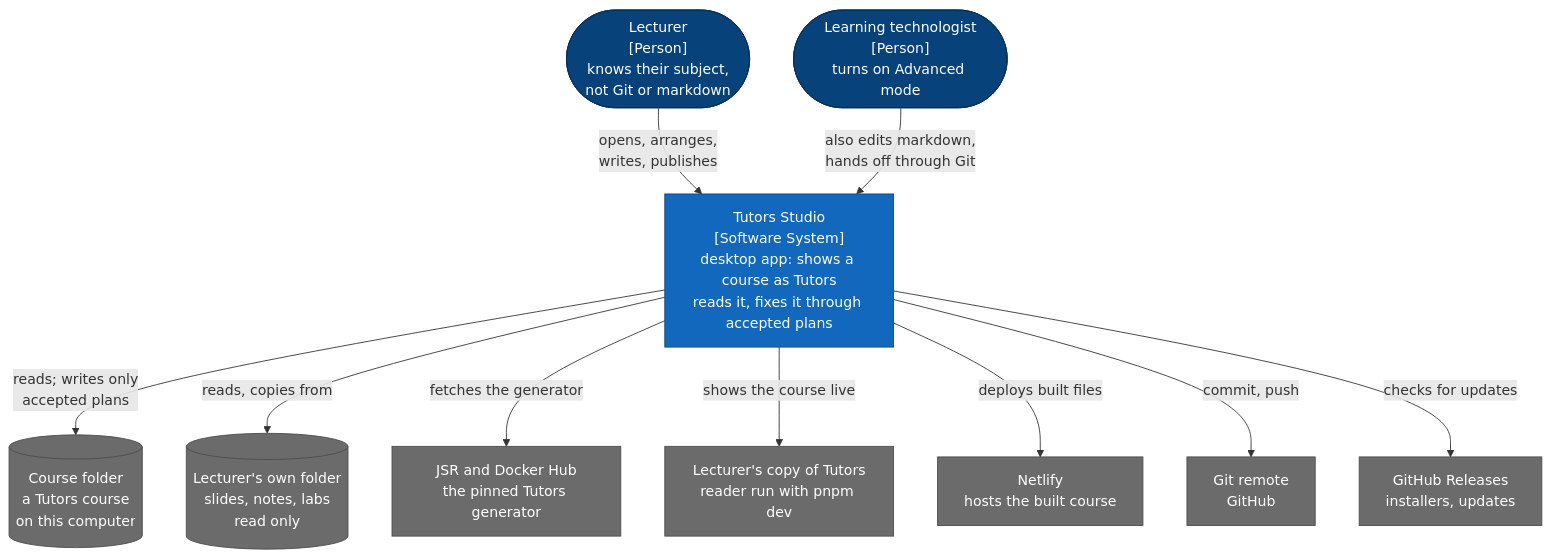
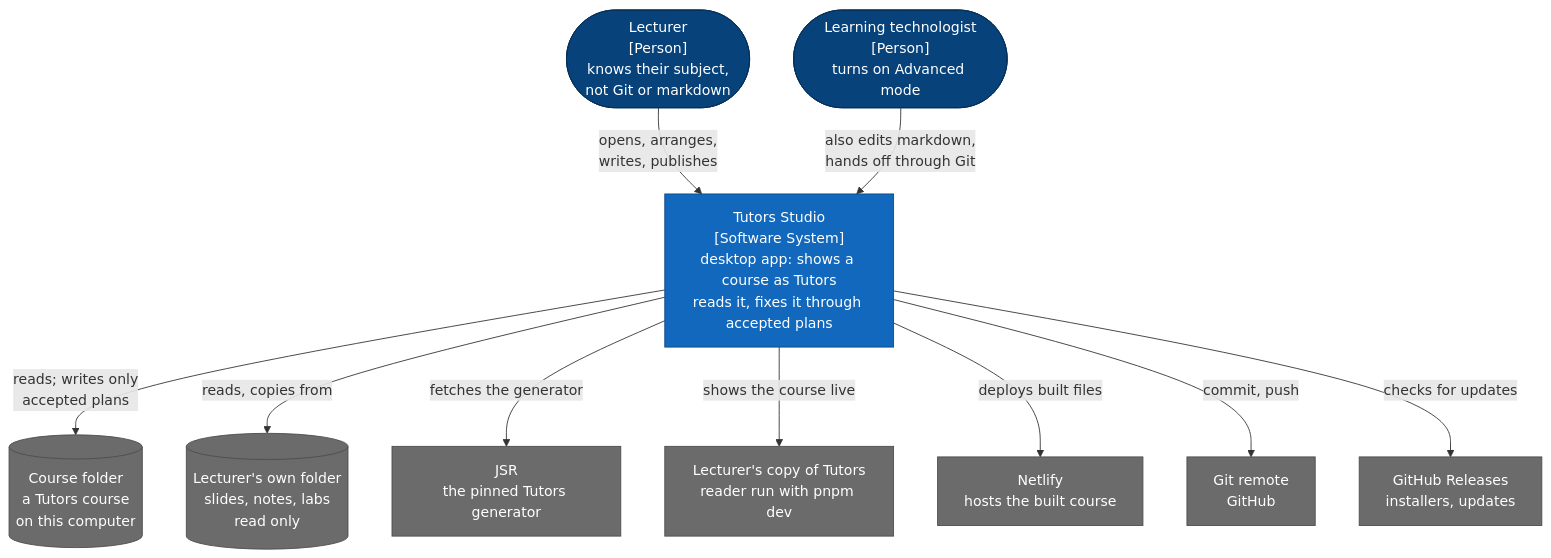
Before and after one commit to tutors-sdk/tutors-studio: the first of 9 diagrams in docs/architecture.md, drawn with Mermaid. The commit also changed other lines of this file and 25 other files, not shown here.

````diff
--- a/docs/architecture.md
+++ b/docs/architecture.md
@@ -18,31 +18,31 @@
 ```mermaid
 flowchart TB
   %% C4 level 1, system context. Dark blue: people. Blue: Studio. Grey: outside Studio.
   lecturer(["Lecturer<br/>[Person]<br/>knows their subject,<br/>not Git or markdown"])
   advanced(["Learning technologist<br/>[Person]<br/>turns on Advanced mode"])
   studio["Tutors Studio<br/>[Software System]<br/>desktop app: shows a course as Tutors<br/>reads it, fixes it through accepted plans"]
   disk[("Course folder<br/>a Tutors course<br/>on this computer")]
   own[("Lecturer's own folder<br/>slides, notes, labs<br/>read only")]
-  jsr["JSR and Docker Hub<br/>the pinned Tutors generator"]
+  jsr["JSR<br/>the pinned Tutors generator"]
   tutors["Lecturer's copy of Tutors<br/>reader run with pnpm dev"]
   netlify["Netlify<br/>hosts the built course"]
   github["Git remote<br/>GitHub"]
   releases["GitHub Releases<br/>installers, updates"]
 
   lecturer -- "opens, arranges,<br/>writes, publishes" --> studio
   advanced -- "also edits markdown,<br/>hands off through Git" --> studio
   studio -- "reads; writes only<br/>accepted plans" --> disk
   studio -- "reads, copies from" --> own
   studio -- "fetches the generator" --> jsr
   studio -- "shows the course live" --> tutors
   studio -- "deploys built files" --> netlify
   studio -- "commit, push" --> github
   studio -- "checks for updates" --> releases
 
   classDef person fill:#08427b,stroke:#052e56,color:#fff
   classDef inside fill:#1168bd,stroke:#0b4884,color:#fff
   classDef outside fill:#6b6b6b,stroke:#4d4d4d,color:#fff
   class lecturer,advanced person
   class studio inside
   class disk,own,jsr,tutors,netlify,github,releases outside
 ```
````
